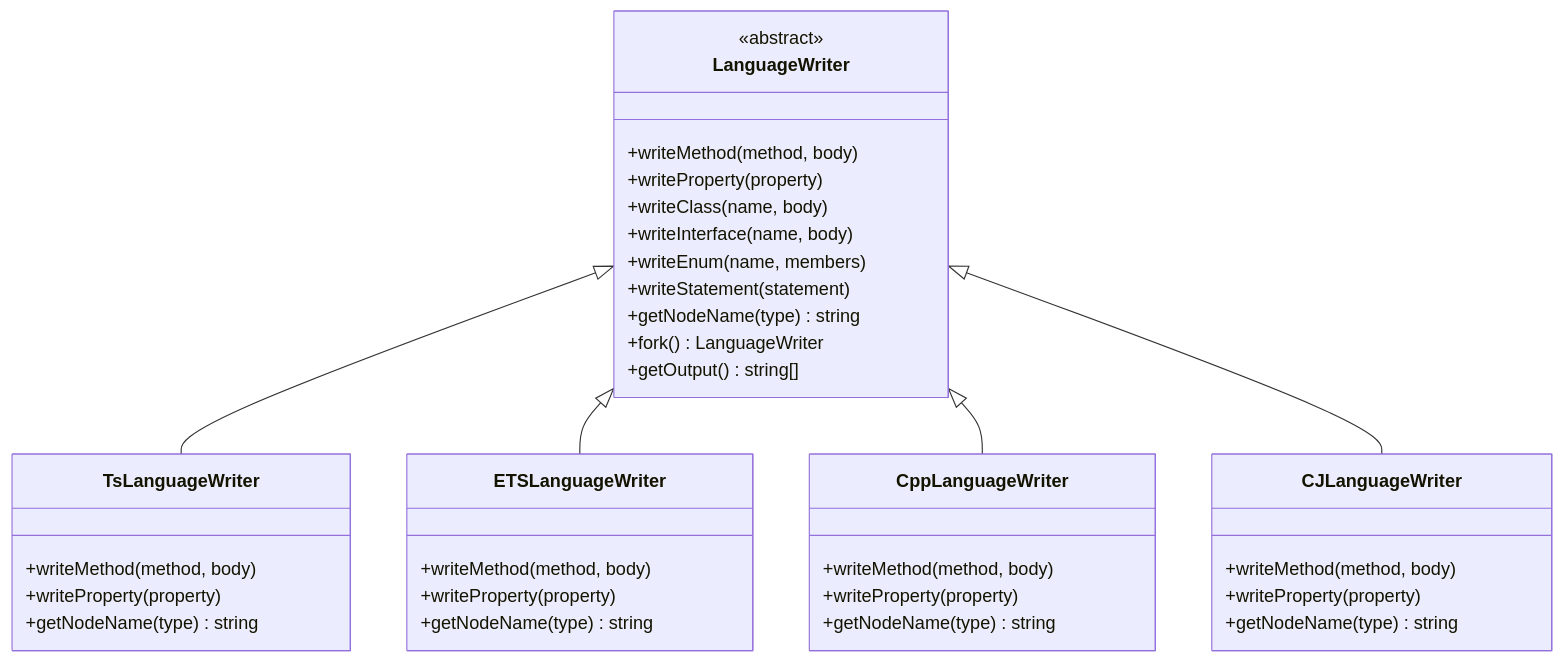
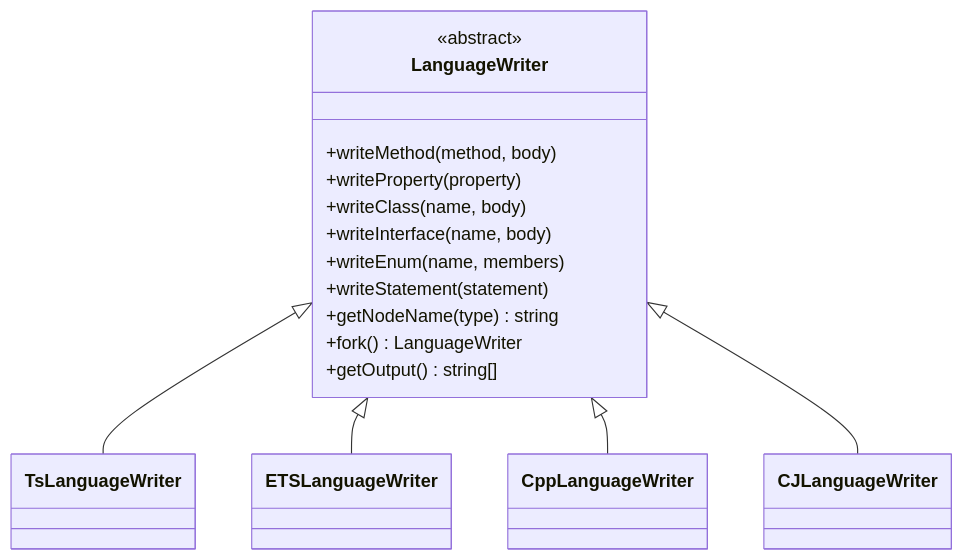
The third of 4 diagrams in doc_developer/en/ARCHITECTURE.md (openharmony/arkui_idlize), drawn with Mermaid before and after one commit. The commit also changed other lines of this file and 11 other files, not shown here.

````diff
--- a/doc_developer/en/ARCHITECTURE.md
+++ b/doc_developer/en/ARCHITECTURE.md
@@ -406,39 +327,23 @@
 ```mermaid
 classDiagram
     class LanguageWriter {
         <<abstract>>
         +writeMethod(method, body)
         +writeProperty(property)
         +writeClass(name, body)
         +writeInterface(name, body)
         +writeEnum(name, members)
         +writeStatement(statement)
         +getNodeName(type) string
         +fork() LanguageWriter
         +getOutput() string[]
     }
-    class TsLanguageWriter {
-        +writeMethod(method, body)
-        +writeProperty(property)
-        +getNodeName(type) string
-    }
-    class ETSLanguageWriter {
-        +writeMethod(method, body)
-        +writeProperty(property)
-        +getNodeName(type) string
-    }
-    class CppLanguageWriter {
-        +writeMethod(method, body)
-        +writeProperty(property)
-        +getNodeName(type) string
-    }
-    class CJLanguageWriter {
-        +writeMethod(method, body)
-        +writeProperty(property)
-        +getNodeName(type) string
-    }
+    class TsLanguageWriter
+    class ETSLanguageWriter
+    class CppLanguageWriter
+    class CJLanguageWriter
     LanguageWriter <|-- TsLanguageWriter
     LanguageWriter <|-- ETSLanguageWriter
     LanguageWriter <|-- CppLanguageWriter
     LanguageWriter <|-- CJLanguageWriter
 ```
````
